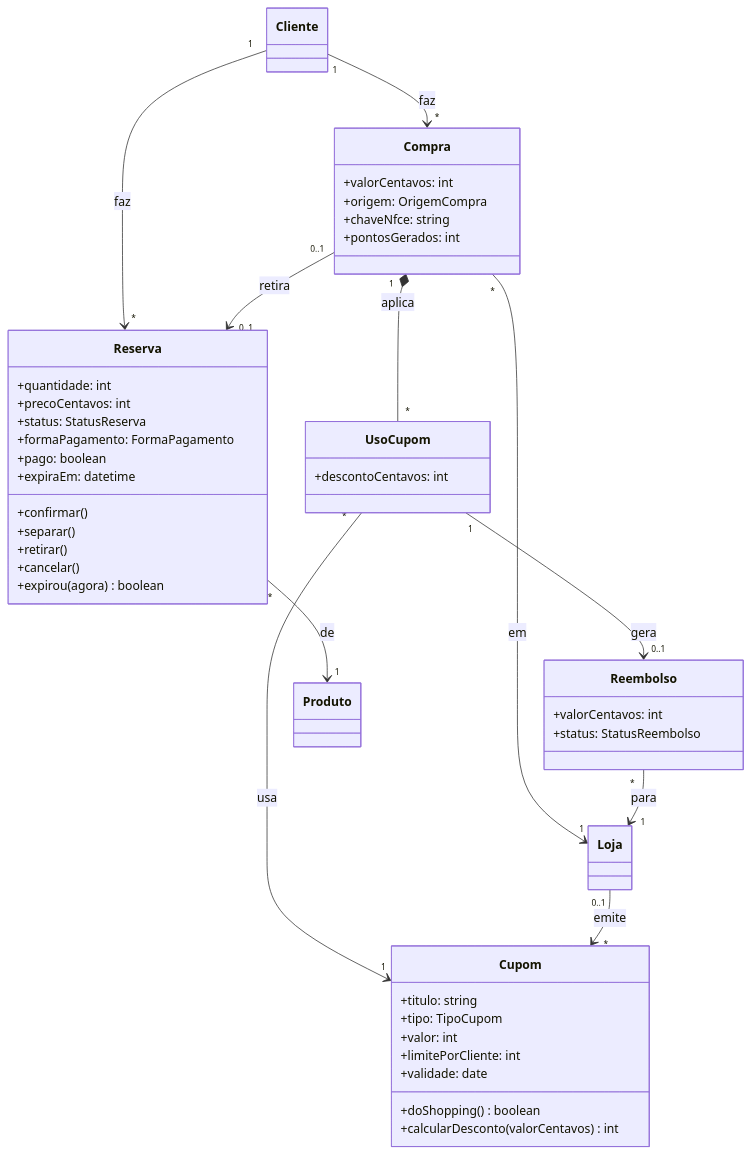
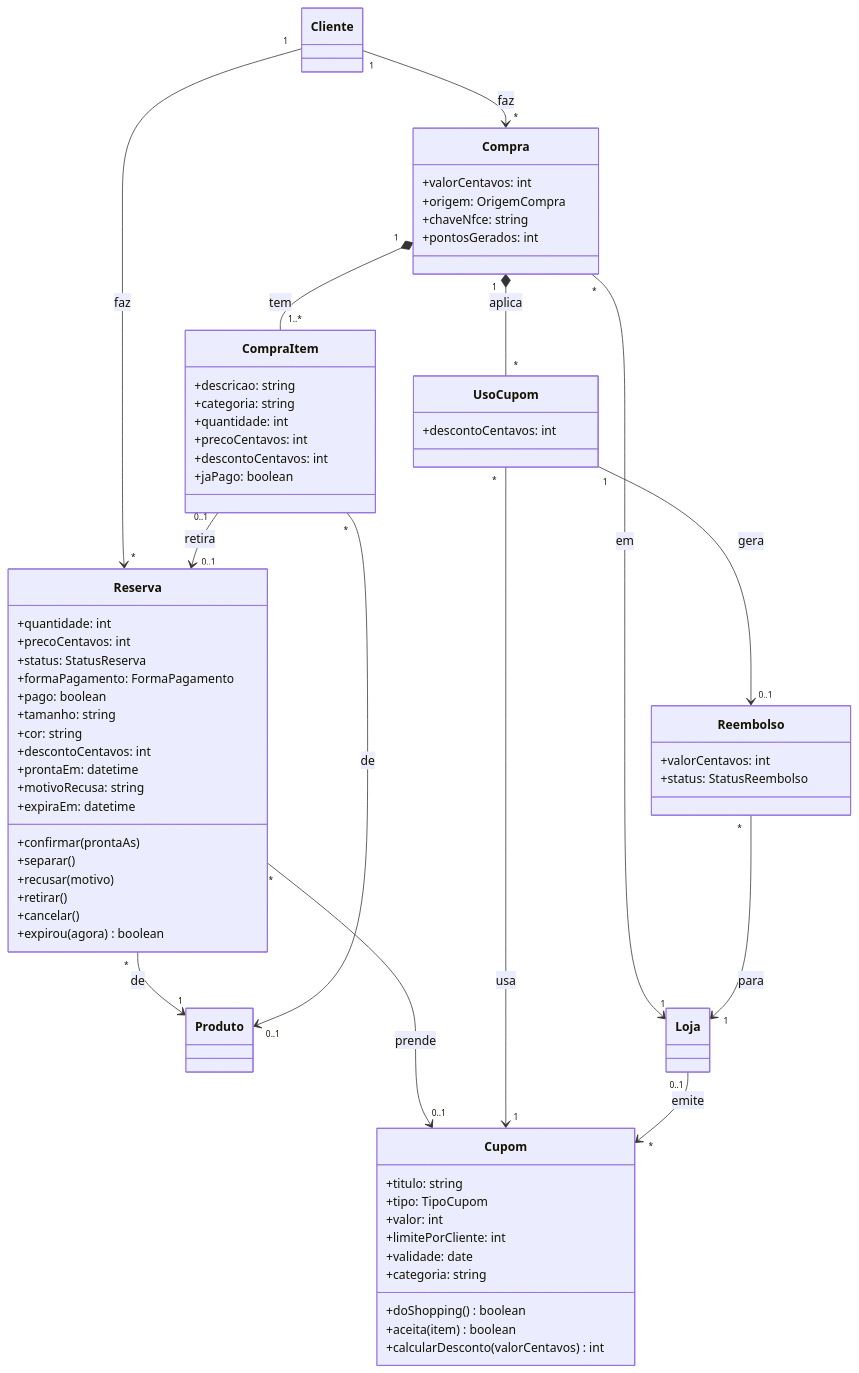
Before and after one commit to Gustavo16378/tyranitar-capim-dourado: the sixth of 12 diagrams in docs/uml.md, drawn with Mermaid. The commit also changed other lines of this file, not shown here.

Commit message:
docs(uml): itens da compra, o cupom preso na reserva e a confirmação da loja nas sequências

````diff
--- a/docs/uml.md
+++ b/docs/uml.md
@@ -169,49 +169,68 @@
 ```mermaid
 classDiagram
   direction TB
   class Reserva {
     +quantidade: int
     +precoCentavos: int
     +status: StatusReserva
     +formaPagamento: FormaPagamento
     +pago: boolean
+    +tamanho: string
+    +cor: string
+    +descontoCentavos: int
+    +prontaEm: datetime
+    +motivoRecusa: string
     +expiraEm: datetime
-    +confirmar()
+    +confirmar(prontaAs)
     +separar()
+    +recusar(motivo)
     +retirar()
     +cancelar()
     +expirou(agora) boolean
   }
   class Compra {
     +valorCentavos: int
     +origem: OrigemCompra
     +chaveNfce: string
     +pontosGerados: int
   }
+  class CompraItem {
+    +descricao: string
+    +categoria: string
+    +quantidade: int
+    +precoCentavos: int
+    +descontoCentavos: int
+    +jaPago: boolean
+  }
   class UsoCupom {
     +descontoCentavos: int
   }
   class Cupom {
     +titulo: string
     +tipo: TipoCupom
     +valor: int
     +limitePorCliente: int
     +validade: date
+    +categoria: string
     +doShopping() boolean
+    +aceita(item) boolean
     +calcularDesconto(valorCentavos) int
   }
   class Reembolso {
     +valorCentavos: int
     +status: StatusReembolso
   }
   Cliente "1" --> "*" Reserva : faz
   Reserva "*" --> "1" Produto : de
   Cliente "1" --> "*" Compra : faz
   Compra "*" --> "1" Loja : em
-  Compra "0..1" --> "0..1" Reserva : retira
+  Compra "1" *-- "1..*" CompraItem : tem
+  CompraItem "0..1" --> "0..1" Reserva : retira
+  CompraItem "*" --> "0..1" Produto : de
+  Reserva "*" --> "0..1" Cupom : prende
   Compra "1" *-- "*" UsoCupom : aplica
   UsoCupom "*" --> "1" Cupom : usa
   Loja "0..1" --> "*" Cupom : emite
   UsoCupom "1" --> "0..1" Reembolso : gera
   Reembolso "*" --> "1" Loja : para
 ```
````
